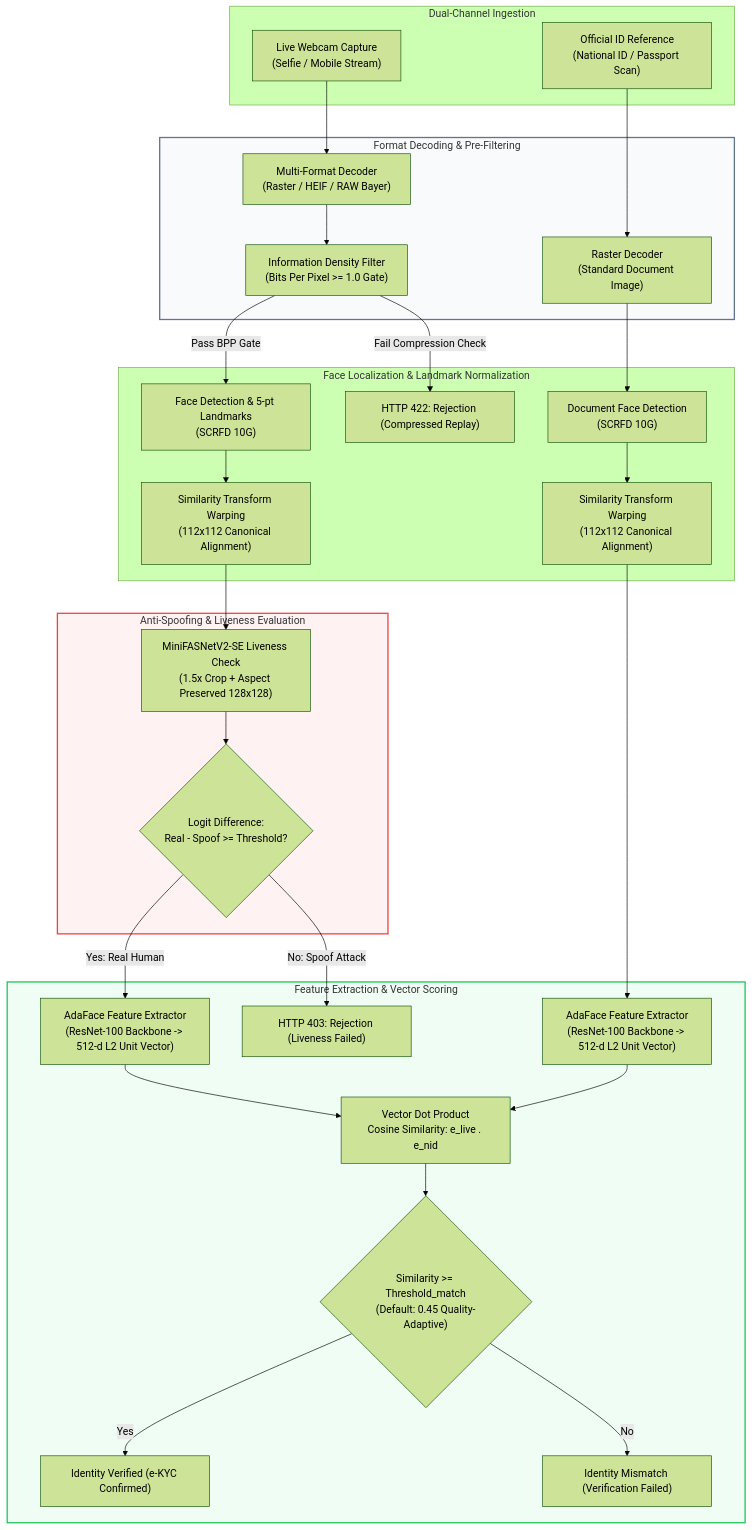
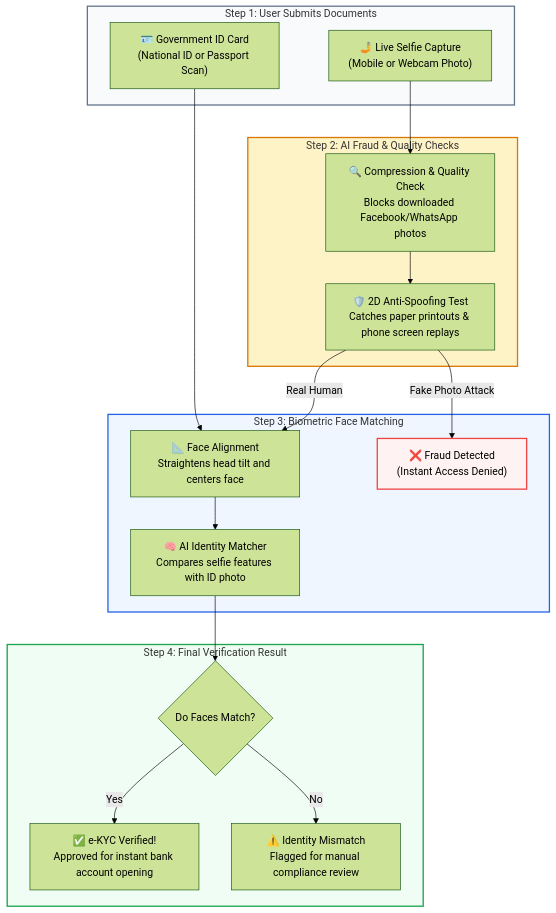
Before and after one commit to datawithAsif/Video-Analytics-Architecture-Portfolio: the diagram in diagrams/ekyc_anti_spoof_pipeline.mermaid, drawn with Mermaid (forest theme). The commit also changed 9 other files, not shown here.

Commit message:
docs: redesign diagrams into intuitive, recruiter-friendly flowcharts

```diff
--- a/diagrams/ekyc_anti_spoof_pipeline.mermaid
+++ b/diagrams/ekyc_anti_spoof_pipeline.mermaid
@@ -1,53 +1,38 @@
 flowchart TD
-    subgraph Client_Inputs ["Dual-Channel Ingestion"]
-        LIVE["Live Webcam Capture\n(Selfie / Mobile Stream)"]
-        NID["Official ID Reference\n(National ID / Passport Scan)"]
+    subgraph Step1 ["Step 1: User Submits Documents"]
+        SELFIE["🤳 Live Selfie Capture\n(Mobile or Webcam Photo)"]
+        NID["🪪 Government ID Card\n(National ID or Passport Scan)"]
     end
 
-    subgraph Decoding_Validation ["Format Decoding & Pre-Filtering"]
-        DEC1["Multi-Format Decoder\n(Raster / HEIF / RAW Bayer)"]
-        DEC2["Raster Decoder\n(Standard Document Image)"]
-        BPP["Information Density Filter\n(Bits Per Pixel >= 1.0 Gate)"]
+    subgraph Step2 ["Step 2: AI Fraud & Quality Checks"]
+        FILTER["🔍 Compression & Quality Check\nBlocks downloaded Facebook/WhatsApp photos"]
+        LIVENESS["🛡️ 2D Anti-Spoofing Test\nCatches paper printouts & phone screen replays"]
         
-        LIVE --> DEC1 --> BPP
-        NID --> DEC2
+        SELFIE --> FILTER --> LIVENESS
     end
 
-    subgraph Spatial_Processing ["Face Localization & Landmark Normalization"]
-        DET1["Face Detection & 5-pt Landmarks\n(SCRFD 10G)"]
-        DET2["Document Face Detection\n(SCRFD 10G)"]
-        ALIGN1["Similarity Transform Warping\n(112x112 Canonical Alignment)"]
-        ALIGN2["Similarity Transform Warping\n(112x112 Canonical Alignment)"]
-
-        BPP -->|Pass BPP Gate| DET1 --> ALIGN1
-        BPP -->|Fail Compression Check| REJ_BPP["HTTP 422: Rejection (Compressed Replay)"]
-        DEC2 --> DET2 --> ALIGN2
+    subgraph Step3 ["Step 3: Biometric Face Matching"]
+        ALIGN["📐 Face Alignment\nStraightens head tilt and centers face"]
+        MATCH["🧠 AI Identity Matcher\nCompares selfie features with ID photo"]
+        
+        LIVENESS -->|Real Human| ALIGN
+        LIVENESS -->|Fake Photo Attack| BLOCK["❌ Fraud Detected\n(Instant Access Denied)"]
+        NID --> ALIGN
+        ALIGN --> MATCH
     end
 
-    subgraph Security_Gate ["Anti-Spoofing & Liveness Evaluation"]
-        SPOOF["MiniFASNetV2-SE Liveness Check\n(1.5x Crop + Aspect Preserved 128x128)"]
-        EVAL_SPOOF{"Logit Difference:\nReal - Spoof >= Threshold?"}
+    subgraph Step4 ["Step 4: Final Verification Result"]
+        RESULT{"Do Faces Match?"}
+        VERIFIED["✅ e-KYC Verified!\nApproved for instant bank account opening"]
+        REJECTED["⚠️ Identity Mismatch\nFlagged for manual compliance review"]
         
-        ALIGN1 --> SPOOF --> EVAL_SPOOF
+        MATCH --> RESULT
+        RESULT -->|Yes| VERIFIED
+        RESULT -->|No| REJECTED
     end
 
-    subgraph Identity_Matching ["Feature Extraction & Vector Scoring"]
-        ADA1["AdaFace Feature Extractor\n(ResNet-100 Backbone -> 512-d L2 Unit Vector)"]
-        ADA2["AdaFace Feature Extractor\n(ResNet-100 Backbone -> 512-d L2 Unit Vector)"]
-        COS["Vector Dot Product\nCosine Similarity: e_live . e_nid"]
-        DECISION{"Similarity >= Threshold_match\n(Default: 0.45 Quality-Adaptive)"}
-
-        EVAL_SPOOF -->|Yes: Real Human| ADA1
-        EVAL_SPOOF -->|No: Spoof Attack| REJ_SPOOF["HTTP 403: Rejection (Liveness Failed)"]
-        ALIGN2 --> ADA2
-        
-        ADA1 --> COS
-        ADA2 --> COS
-        COS --> DECISION
-        DECISION -->|Yes| MATCH["Identity Verified (e-KYC Confirmed)"]
-        DECISION -->|No| MISMATCH["Identity Mismatch (Verification Failed)"]
-    end
-
-    style Security_Gate fill:#fef2f2,stroke:#ef4444,stroke-width:2px
-    style Identity_Matching fill:#f0fdf4,stroke:#22c55e,stroke-width:2px
-    style Decoding_Validation fill:#f8fafc,stroke:#64748b,stroke-width:2px
+    style Step1 fill:#f8fafc,stroke:#64748b,stroke-width:2px
+    style Step2 fill:#fef3c7,stroke:#d97706,stroke-width:2px
+    style Step3 fill:#eff6ff,stroke:#2563eb,stroke-width:2px
+    style Step4 fill:#f0fdf4,stroke:#16a34a,stroke-width:2px
+    style BLOCK fill:#fef2f2,stroke:#ef4444,stroke-width:2px
```
